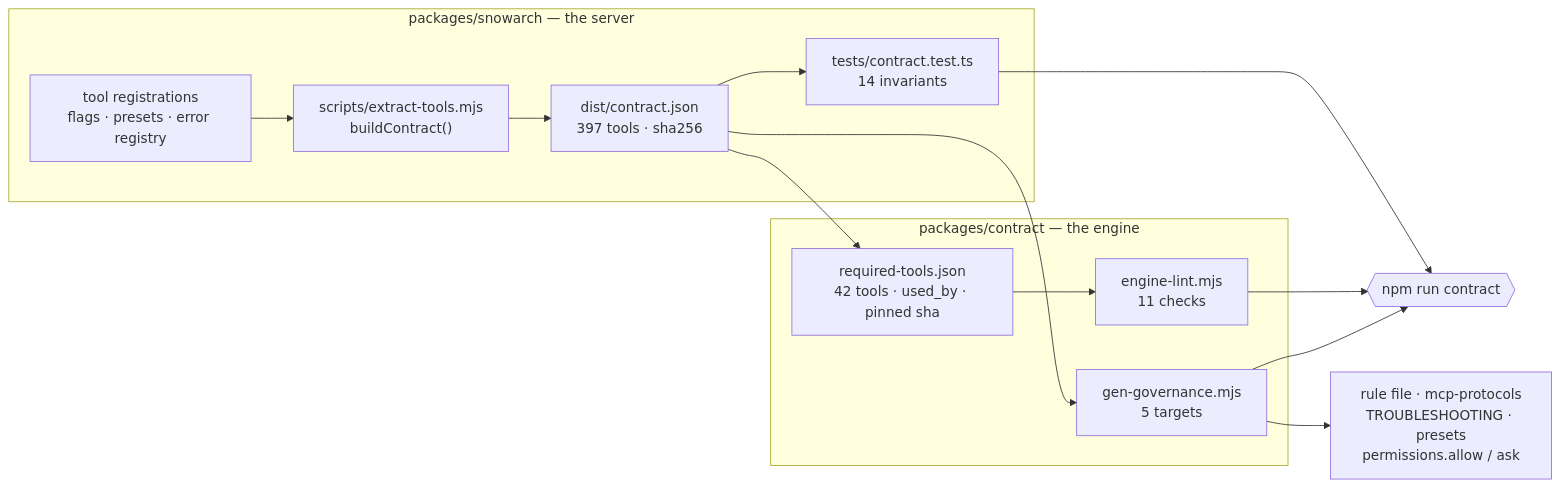
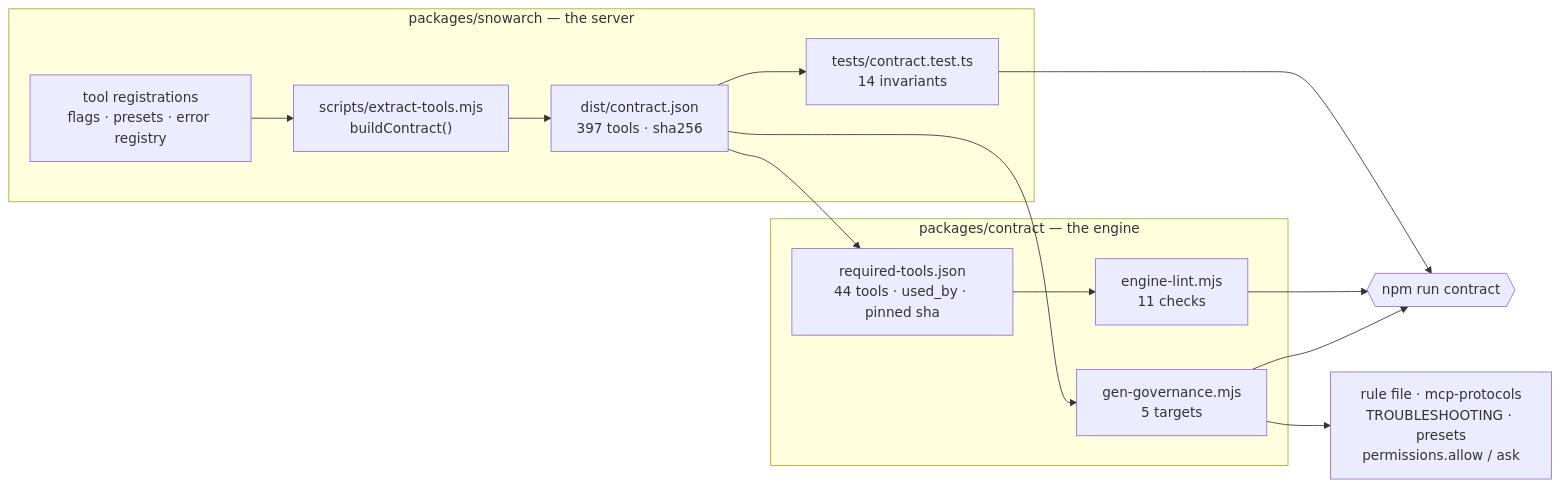
Before and after one commit to farstic/ai-servicenow-architect: the diagram in docs/ARCHITECTURE.md, drawn with Mermaid. The commit also changed 7 other files, not shown here.

````diff
--- a/docs/ARCHITECTURE.md
+++ b/docs/ARCHITECTURE.md
@@ -958,23 +958,23 @@
 ```mermaid
 flowchart LR
   subgraph server["packages/snowarch — the server"]
     reg["tool registrations<br/>flags · presets · error registry"]
     ext["scripts/extract-tools.mjs<br/>buildContract()"]
     con["dist/contract.json<br/>397 tools · sha256"]
     st["tests/contract.test.ts<br/>14 invariants"]
     reg --> ext --> con
     con --> st
   end
   subgraph engine["packages/contract — the engine"]
-    pin["required-tools.json<br/>42 tools · used_by · pinned sha"]
+    pin["required-tools.json<br/>44 tools · used_by · pinned sha"]
     lint["engine-lint.mjs<br/>11 checks"]
     gen["gen-governance.mjs<br/>5 targets"]
     con --> pin
     con --> gen
     pin --> lint
   end
   gen --> texts["rule file · mcp-protocols<br/>TROUBLESHOOTING · presets<br/>permissions.allow / ask"]
   st --> gate{{"npm run contract"}}
   lint --> gate
   gen --> gate
 ```
````
